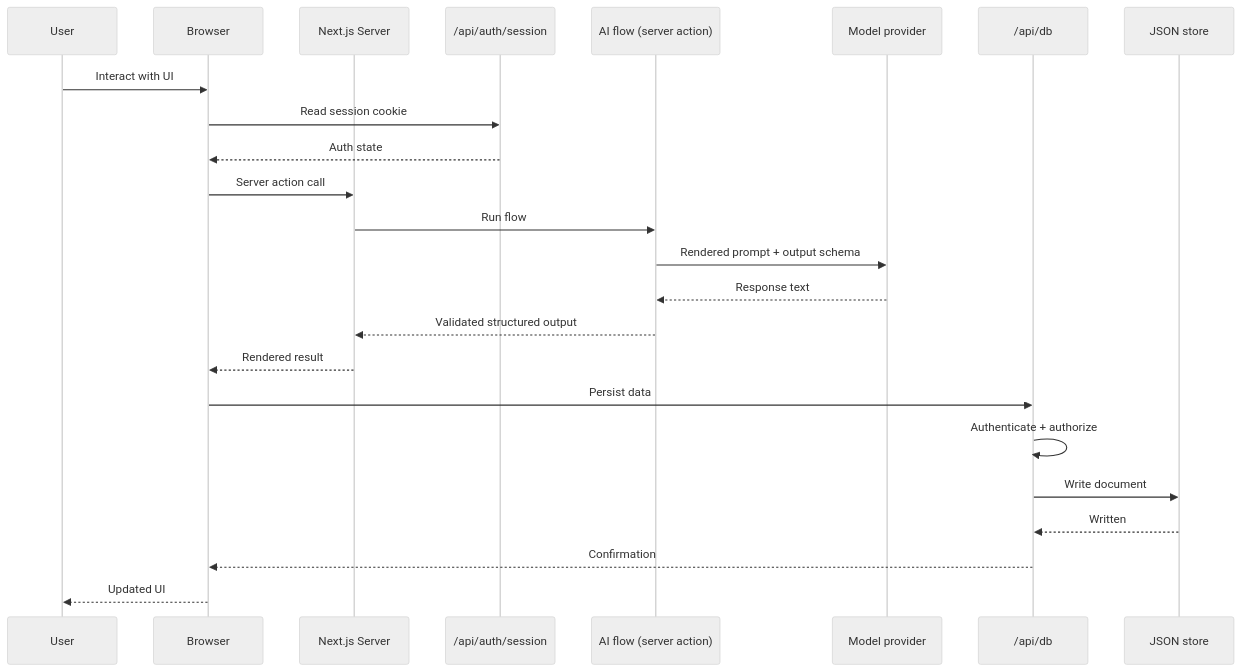
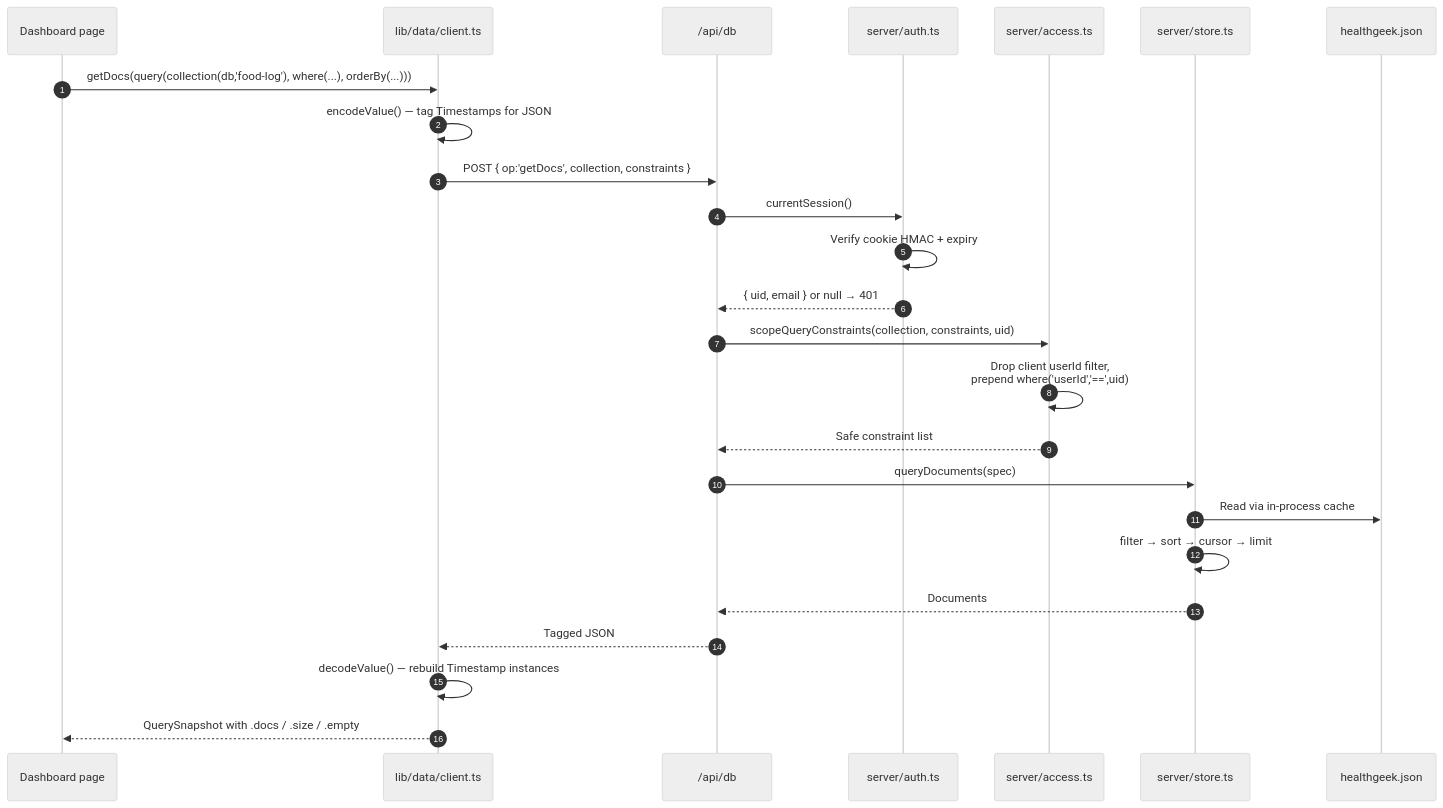
Before and after one commit to knotking/healthgeek: the second of 11 diagrams in docs/architecture/README.md, drawn with Mermaid (neutral theme). The commit also changed other lines of this file and 6 other files, not shown here.

````diff
--- a/docs/architecture/README.md
+++ b/docs/architecture/README.md
@@ -54,27 +69,28 @@
 ```mermaid
 sequenceDiagram
-    participant U as User
-    participant B as Browser
-    participant N as Next.js Server
-    participant A as /api/auth/session
-    participant AI as AI flow (server action)
-    participant P as Model provider
-    participant D as /api/db
-    participant F as JSON store
+    autonumber
+    participant Page as Dashboard page
+    participant Client as lib/data/client.ts
+    participant Route as /api/db
+    participant Auth as server/auth.ts
+    participant Access as server/access.ts
+    participant Store as server/store.ts
+    participant Disk as healthgeek.json
 
-    U->>B: Interact with UI
-    B->>A: Read session cookie
-    A-->>B: Auth state
-    B->>N: Server action call
-    N->>AI: Run flow
-    AI->>P: Rendered prompt + output schema
-    P-->>AI: Response text
-    AI-->>N: Validated structured output
-    N-->>B: Rendered result
-    B->>D: Persist data
-    D->>D: Authenticate + authorize
-    D->>F: Write document
-    F-->>D: Written
-    D-->>B: Confirmation
-    B-->>U: Updated UI
+    Page->>Client: getDocs(query(collection(db,'food-log'), where(...), orderBy(...)))
+    Client->>Client: encodeValue() — tag Timestamps for JSON
+    Client->>Route: POST { op:'getDocs', collection, constraints }
+    Route->>Auth: currentSession()
+    Auth->>Auth: Verify cookie HMAC + expiry
+    Auth-->>Route: { uid, email } or null → 401
+    Route->>Access: scopeQueryConstraints(collection, constraints, uid)
+    Access->>Access: Drop client userId filter,<br/>prepend where('userId','==',uid)
+    Access-->>Route: Safe constraint list
+    Route->>Store: queryDocuments(spec)
+    Store->>Disk: Read via in-process cache
+    Store->>Store: filter → sort → cursor → limit
+    Store-->>Route: Documents
+    Route-->>Client: Tagged JSON
+    Client->>Client: decodeValue() — rebuild Timestamp instances
+    Client-->>Page: QuerySnapshot with .docs / .size / .empty
 ```
````
